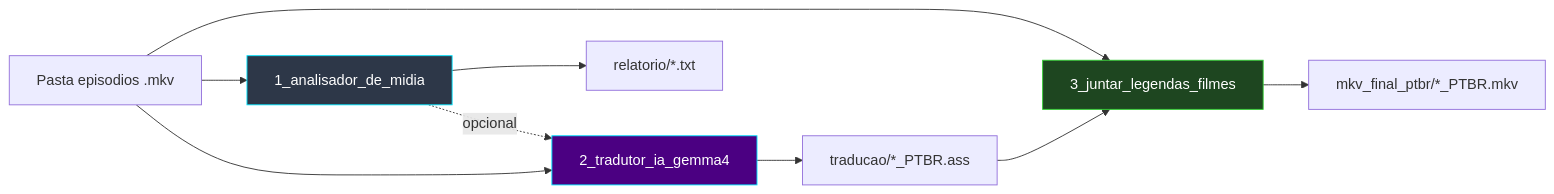
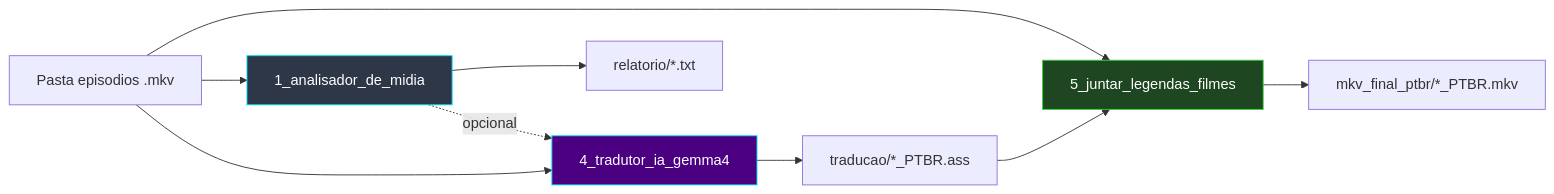
Before and after one commit to carmipa/projeto-tracker-animes-traducao: the first of 3 diagrams in docs/arquitetura.md, drawn with Mermaid. The commit also changed other lines of this file and 19 other files, not shown here.

````diff
--- a/docs/arquitetura.md
+++ b/docs/arquitetura.md
@@ -18,19 +18,19 @@
 ```mermaid
 flowchart LR
     MKV["Pasta episodios .mkv"]
 
     MKV --> P0["1_analisador_de_midia"]
     P0 -.->|opcional| P1
-    MKV --> P1["2_tradutor_ia_gemma4"]
+    MKV --> P1["4_tradutor_ia_gemma4"]
 
     P0 --> R0["relatorio/*.txt"]
     P1 --> R1["traducao/*_PTBR.ass"]
 
-    MKV --> P2["3_juntar_legendas_filmes"]
+    MKV --> P2["5_juntar_legendas_filmes"]
     R1 --> P2
     P2 --> R2["mkv_final_ptbr/*_PTBR.mkv"]
 
     style P0 fill:#2d3748,stroke:#00E5FF,color:#fff
     style P1 fill:#4B0082,stroke:#00E5FF,color:#fff
     style P2 fill:#1e4620,stroke:#32CD32,color:#fff
 ```
````
